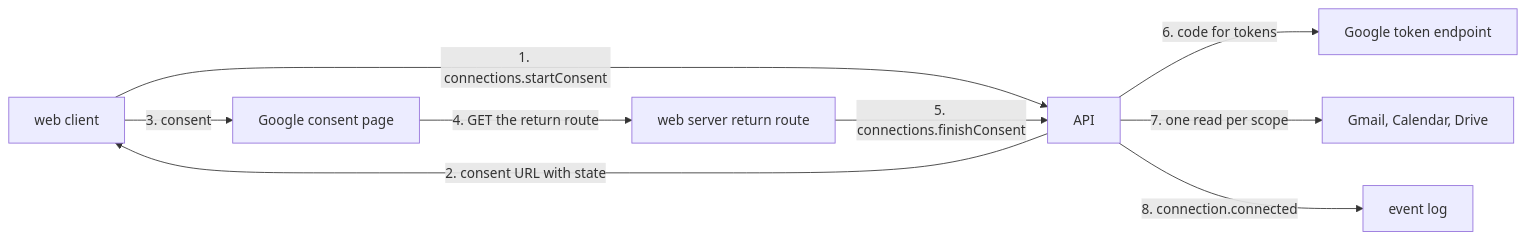
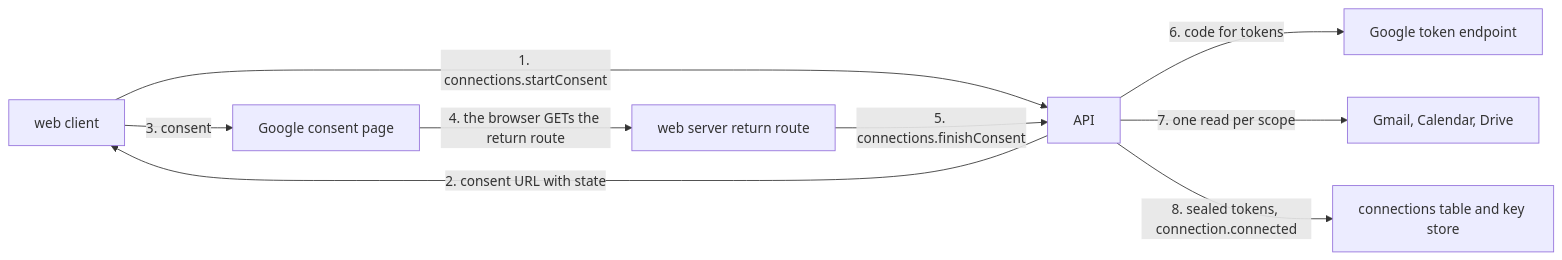
One commit to zgeoff/nixie changed the diagram in docs/design/queue/google-connections.md. Above: the diagram before and after it, drawn with Mermaid. The commit also changed other lines of this file, not shown here.

````diff
--- a/docs/design/queue/google-connections.md
+++ b/docs/design/queue/google-connections.md
@@ -23,11 +23,11 @@
 ```mermaid
 flowchart LR
   web[web client] -->|"1. connections.startConsent"| api[API]
   api -->|"2. consent URL with state"| web
   web -->|"3. consent"| google[Google consent page]
-  google -->|"4. GET the return route"| route[web server return route]
+  google -->|"4. the browser GETs the return route"| route[web server return route]
   route -->|"5. connections.finishConsent"| api
   api -->|"6. code for tokens"| token[Google token endpoint]
   api -->|"7. one read per scope"| apis[Gmail, Calendar, Drive]
-  api -->|"8. connection.connected"| log[event log]
+  api -->|"8. sealed tokens, connection.connected"| store[connections table and key store]
 ```
````
